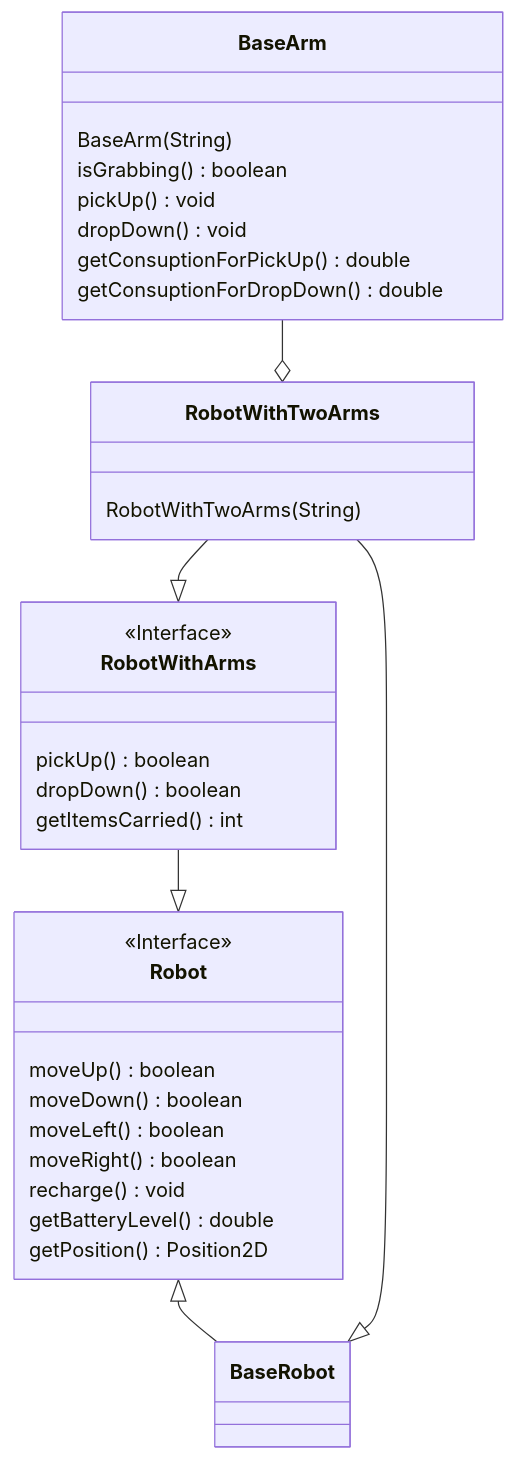
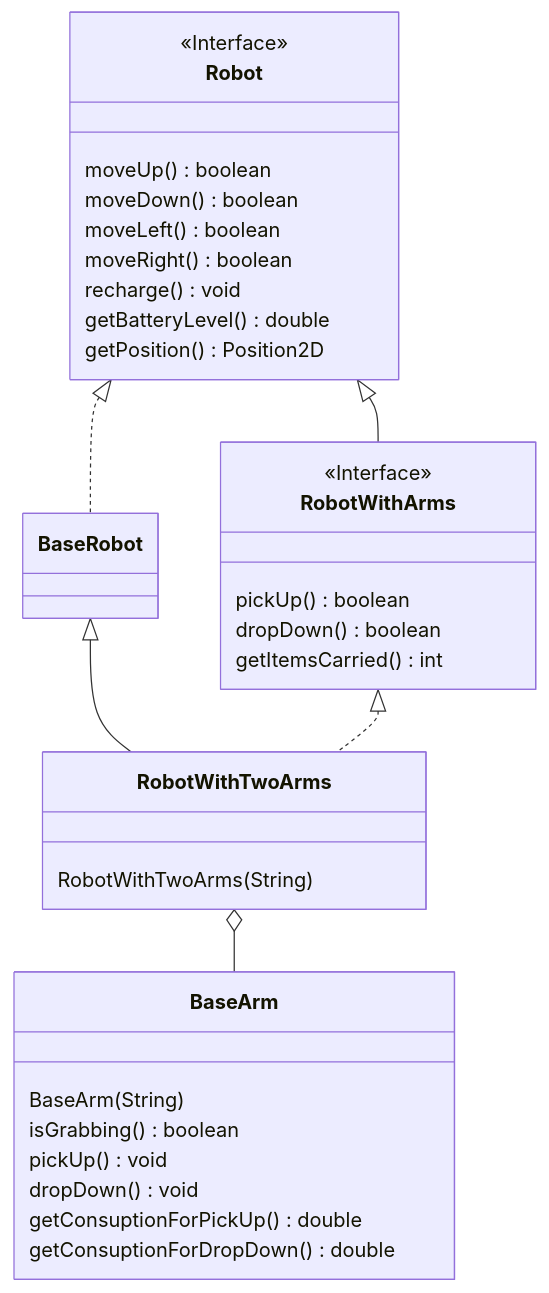
Before and after one commit to APICe-at-DISI/exercises: the second of 2 diagrams in java/inheritance/rich-domain-design/README-extension.md, drawn with Mermaid. The commit also changed other lines of this file, not shown here.

Commit message:
Fix arms class diagram

````diff
--- a/java/inheritance/rich-domain-design/README-extension.md
+++ b/java/inheritance/rich-domain-design/README-extension.md
@@ -54,35 +54,35 @@
 ```mermaid
 classDiagram
-    Robot <|-- BaseRobot
-    RobotWithTwoArms --|> BaseRobot
-    RobotWithArms --|> Robot
+    Robot <|.. BaseRobot
+    BaseRobot <|-- RobotWithTwoArms
+    Robot <|-- RobotWithArms
     <<Interface>> Robot
     <<Interface>> RobotWithArms
-    RobotWithTwoArms --|> RobotWithArms
-    BaseArm --o RobotWithTwoArms
+    RobotWithArms <|.. RobotWithTwoArms
+    RobotWithTwoArms o-- BaseArm
     class Robot {
         moveUp() boolean
         moveDown() boolean
         moveLeft() boolean
         moveRight() boolean
         recharge() void
         getBatteryLevel() double
         getPosition() Position2D
     }
     class RobotWithArms {
         pickUp() boolean
         dropDown() boolean
         getItemsCarried() int
     }
     class RobotWithTwoArms {
         RobotWithTwoArms(String)
     }
     class BaseArm {
         BaseArm(String)
         isGrabbing() boolean
         pickUp() void
         dropDown() void
         getConsuptionForPickUp() double
         getConsuptionForDropDown() double
     }
 ```
````
